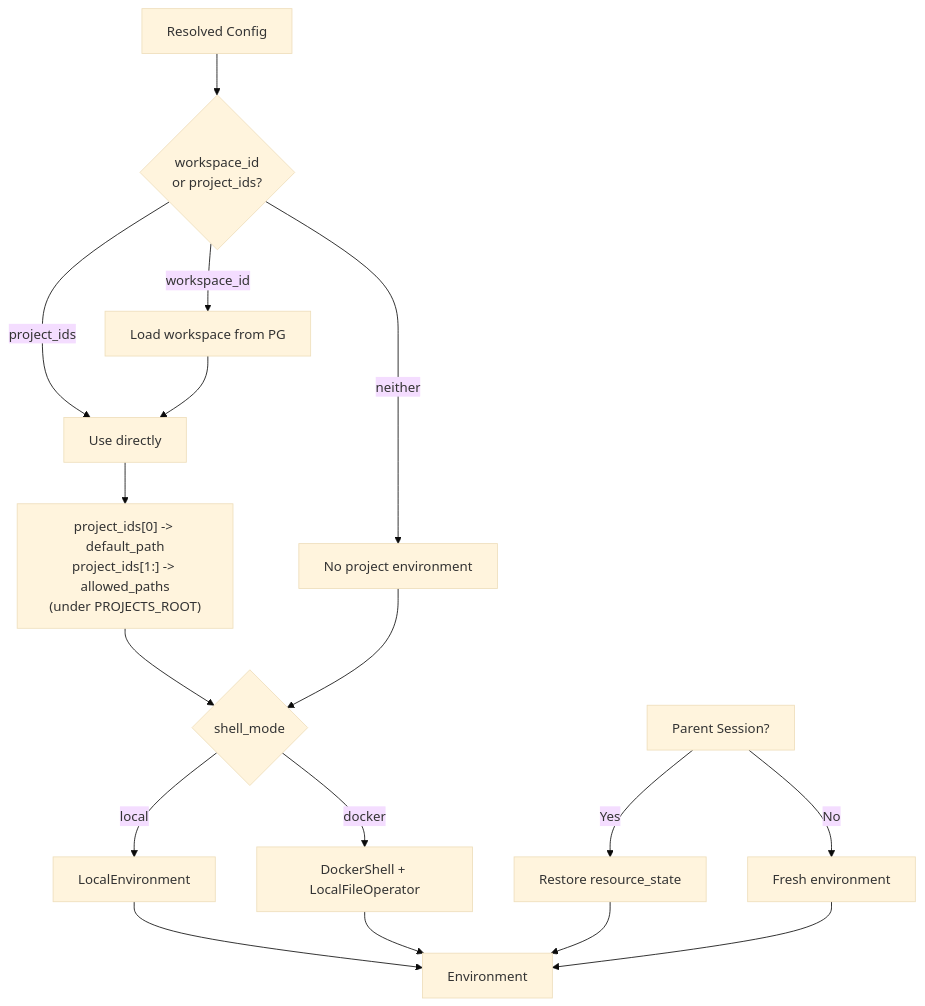
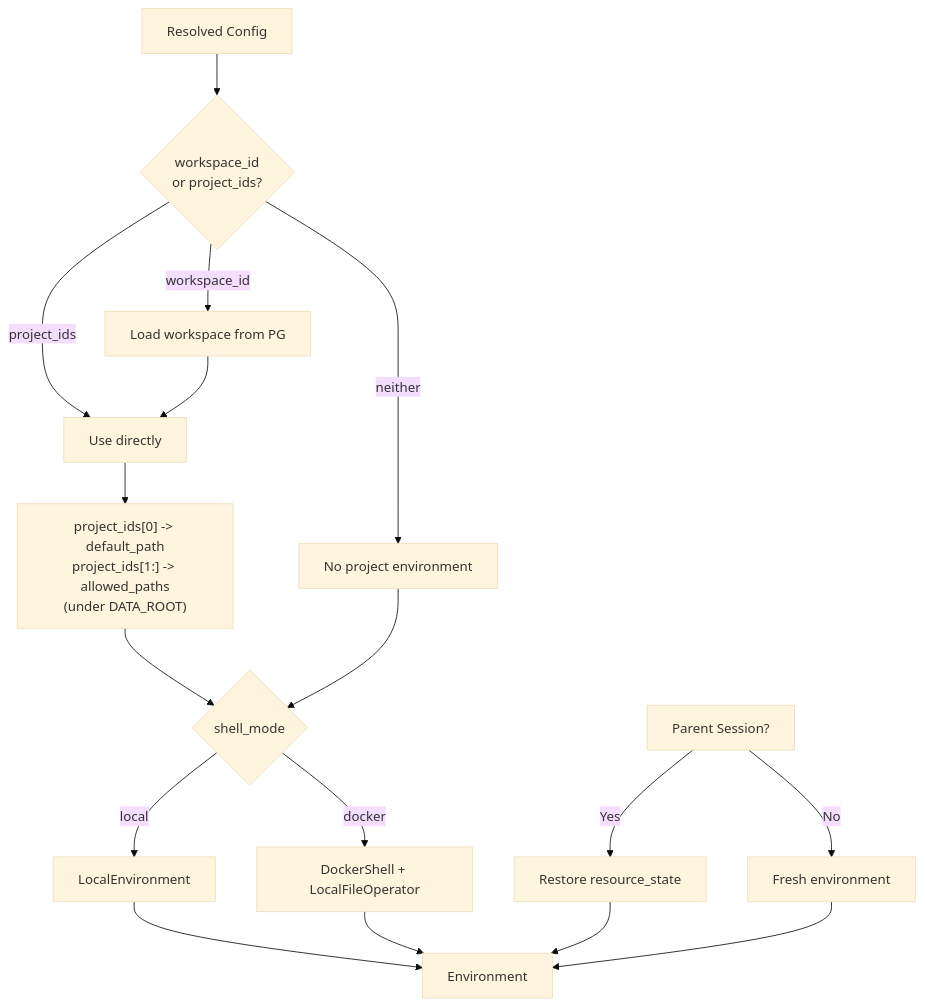
Before and after one commit to Wh1isper/netherbrain: the third of 4 diagrams in spec/agent_runtime/03-execution.md, drawn with Mermaid (base theme). The commit also changed other lines of this file and 16 other files, not shown here.

First line of the commit message:
feat: add config resolver and unify data storage paths

````diff
--- a/spec/agent_runtime/03-execution.md
+++ b/spec/agent_runtime/03-execution.md
@@ -80,24 +80,24 @@
 ```mermaid
 flowchart TB
     RC[Resolved Config] --> PROJ_RESOLVE{"workspace_id<br/>or project_ids?"}
     PROJ_RESOLVE -->|workspace_id| WS["Load workspace from PG"]
     PROJ_RESOLVE -->|project_ids| PROJ["Use directly"]
     PROJ_RESOLVE -->|neither| NONE["No project environment"]
     WS --> PROJ
 
-    PROJ --> PATHS["project_ids[0] -> default_path<br/>project_ids[1:] -> allowed_paths<br/>(under PROJECTS_ROOT)"]
+    PROJ --> PATHS["project_ids[0] -> default_path<br/>project_ids[1:] -> allowed_paths<br/>(under DATA_ROOT)"]
     PATHS --> CHECK{shell_mode}
     NONE --> CHECK
 
     CHECK -->|local| LOCAL["LocalEnvironment"]
     CHECK -->|docker| DOCKER["DockerShell + LocalFileOperator"]
 
     LOCAL --> ENV[Environment]
     DOCKER --> ENV
 
     PARENT["Parent Session?"] -->|Yes| RESTORE["Restore resource_state"]
     PARENT -->|No| FRESH["Fresh environment"]
 
     RESTORE --> ENV
     FRESH --> ENV
 ```
````
